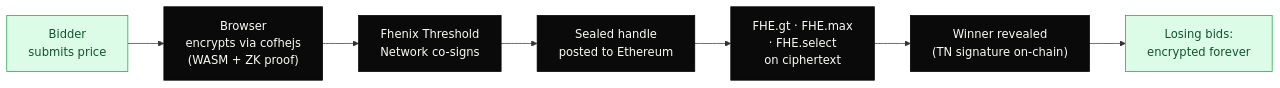
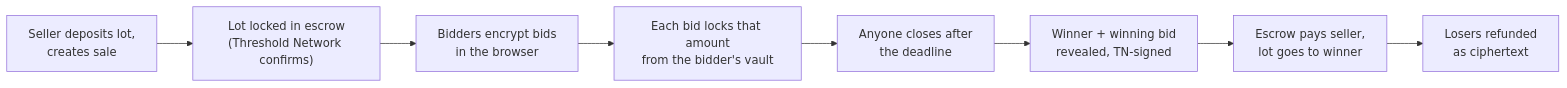
Before and after one commit to Ritik200238/zerith: the diagram in README.md, drawn with Mermaid. The commit also changed other lines of this file, not shown here.

````diff
--- a/README.md
+++ b/README.md
@@ -72,13 +37,10 @@
 ```mermaid
 flowchart LR
-  B["Bidder<br/>submits price"] --> E["Browser<br/>encrypts via cofhejs<br/>(WASM + ZK proof)"]
-  E --> F["Fhenix Threshold<br/>Network co-signs"]
-  F --> C["Sealed handle<br/>posted to Ethereum"]
-  C --> X["FHE.gt · FHE.max<br/>· FHE.select<br/>on ciphertext"]
-  X --> R["Winner revealed<br/>(TN signature on-chain)"]
-  R --> P["Losing bids:<br/>encrypted forever"]
-  classDef ink fill:#0a0a0a,stroke:#000,color:#fafaf7
-  classDef green fill:#dcfce7,stroke:#16a34a,color:#14532d
-  class B,P green
-  class E,F,C,X,R ink
+  S["Seller deposits lot,<br/>creates sale"] --> L["Lot locked in escrow<br/>(Threshold Network confirms)"]
+  L --> B["Bidders encrypt bids<br/>in the browser"]
+  B --> E["Each bid locks that amount<br/>from the bidder's vault"]
+  E --> C["Anyone closes after<br/>the deadline"]
+  C --> R["Winner + winning bid<br/>revealed, TN-signed"]
+  R --> X["Escrow pays seller,<br/>lot goes to winner"]
+  X --> F["Losers refunded<br/>as ciphertext"]
 ```
````
